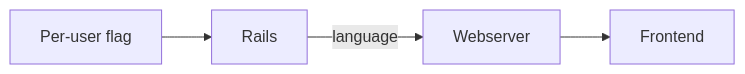
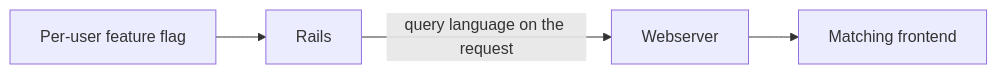
The second of 6 diagrams in docs/pages/engineering/architecture/query-languages.md (gitlabhq/orbit-knowledge-graph), drawn with Mermaid before and after one commit. The commit also changed other lines of this file and 2 other files, not shown here.

Commit message:
docs(architecture): tighten the querying pages and add the engine walkthrough

````diff
--- a/docs/pages/engineering/architecture/query-languages.md
+++ b/docs/pages/engineering/architecture/query-languages.md
@@ -55,6 +56,6 @@
 ```mermaid
 flowchart LR
-    Flag[Per-user flag] --> Rails
-    Rails -- language --> Webserver
-    Webserver --> Frontend
+    Flag[Per-user feature flag] --> Rails
+    Rails -- query language on the request --> Webserver
+    Webserver --> Frontend[Matching frontend]
 ```
````
